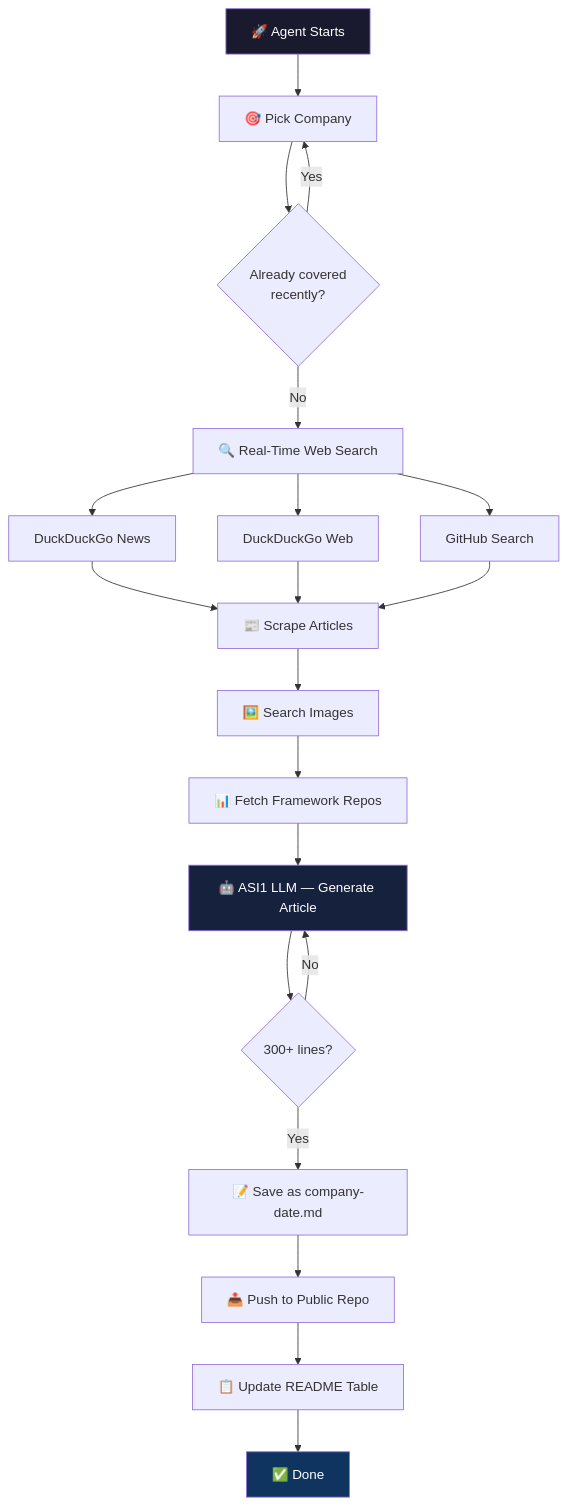
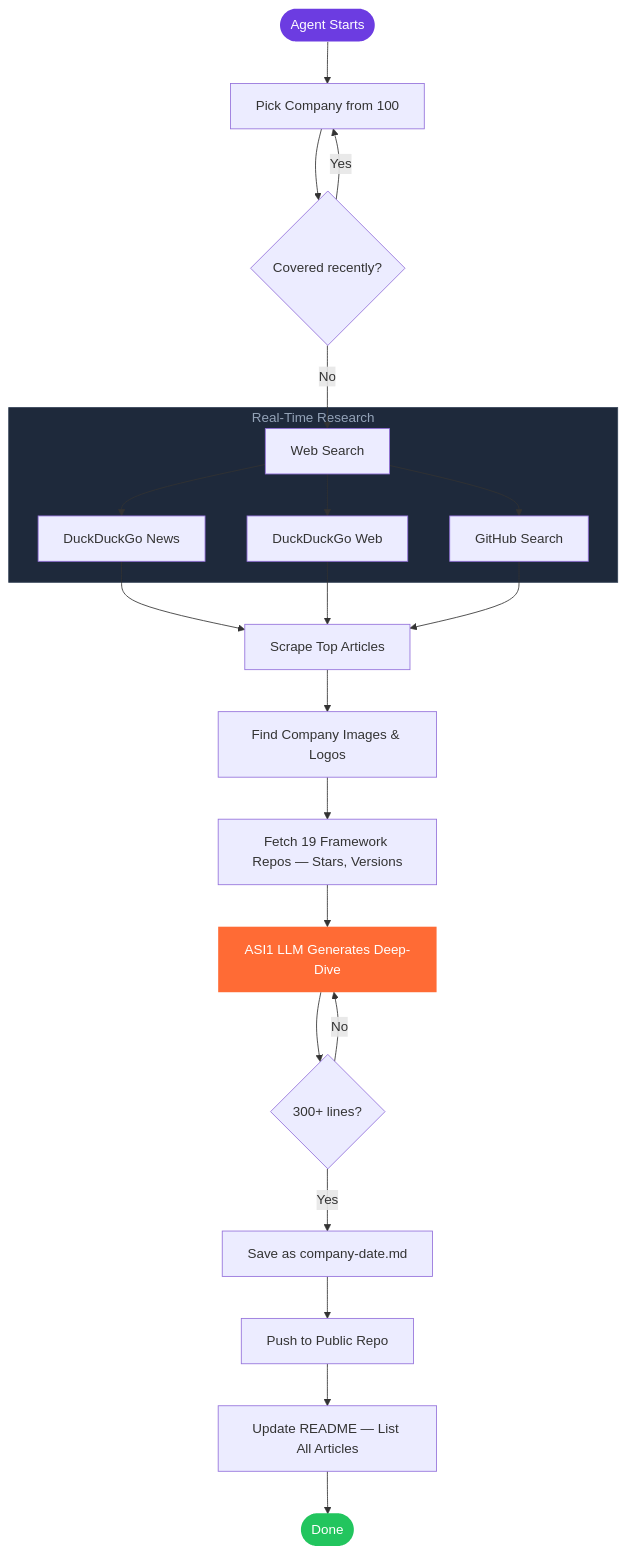
The first of 2 diagrams in README.md (gautammanak1/ai-tech-daily-agent), drawn with Mermaid before and after one commit. The commit also changed other lines of this file and 1 other file, not shown here.

First line of the commit message:
docs: redesign README with badges, improved diagrams, and better structure

````diff
--- a/README.md
+++ b/README.md
@@ -15,26 +43,34 @@
 ```mermaid
-graph TD
-    A[🚀 Agent Starts] --> B[🎯 Pick Company]
-    B --> C{Already covered<br/>recently?}
-    C -->|Yes| B
-    C -->|No| D[🔍 Real-Time Web Search]
-    D --> D1[DuckDuckGo News]
-    D --> D2[DuckDuckGo Web]
-    D --> D3[GitHub Search]
-    D1 --> E[📰 Scrape Articles]
-    D2 --> E
-    D3 --> E
-    E --> F[🖼️ Search Images]
-    F --> G[📊 Fetch Framework Repos]
-    G --> H[🤖 ASI1 LLM — Generate Article]
-    H --> I{300+ lines?}
-    I -->|Yes| J[📝 Save as company-date.md]
-    I -->|No| H
-    J --> K[📤 Push to Public Repo]
-    K --> L[📋 Update README Table]
-    L --> M[✅ Done]
+flowchart TD
+    START([Agent Starts]) --> PICK[Pick Company from 100]
+    PICK --> CHECK{Covered recently?}
+    CHECK -->|Yes| PICK
+    CHECK -->|No| SEARCH
 
-    style A fill:#1a1a2e,color:#fff
-    style H fill:#16213e,color:#fff
-    style M fill:#0f3460,color:#fff
+    subgraph Research [" Real-Time Research "]
+        SEARCH[Web Search] --> NEWS[DuckDuckGo News]
+        SEARCH --> WEB[DuckDuckGo Web]
+        SEARCH --> GH[GitHub Search]
+    end
+
+    NEWS --> SCRAPE[Scrape Top Articles]
+    WEB --> SCRAPE
+    GH --> SCRAPE
+
+    SCRAPE --> IMG[Find Company Images & Logos]
+    IMG --> REPOS[Fetch 19 Framework Repos — Stars, Versions]
+
+    REPOS --> LLM[ASI1 LLM Generates Deep-Dive]
+    LLM --> VALIDATE{300+ lines?}
+    VALIDATE -->|No| LLM
+    VALIDATE -->|Yes| SAVE[Save as company-date.md]
+
+    SAVE --> PUSH[Push to Public Repo]
+    PUSH --> README[Update README — List All Articles]
+    README --> DONE([Done])
+
+    style START fill:#6C3CE1,color:#fff,stroke:none
+    style DONE fill:#22c55e,color:#fff,stroke:none
+    style LLM fill:#FF6B35,color:#fff,stroke:none
+    style Research fill:#1e293b,color:#94a3b8,stroke:#334155
 ```
````
